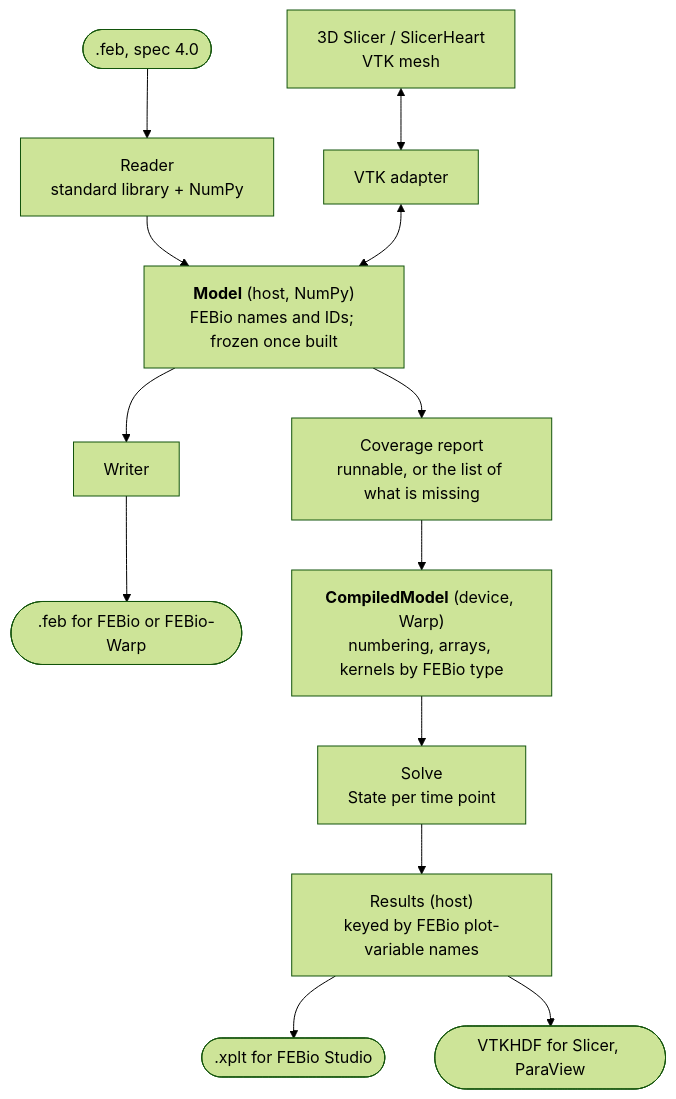
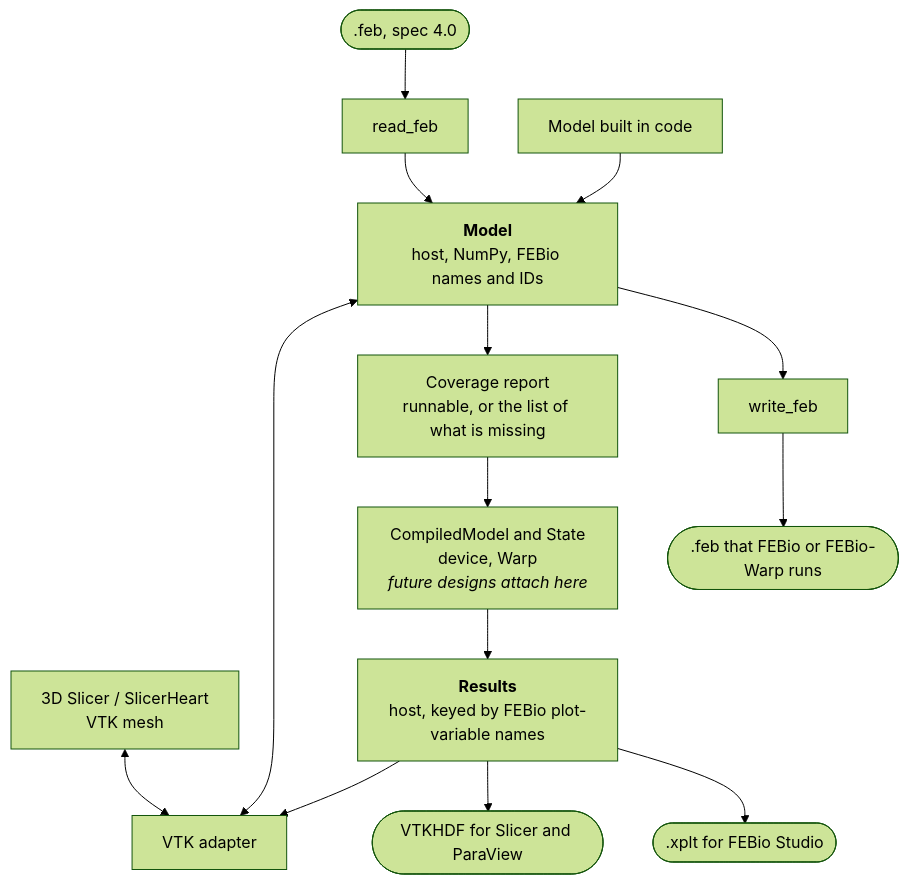
Before and after one commit to JolleyLab/FEBio-Warp-Python: the diagram in docs/design/model.md, drawn with Mermaid (forest theme). The commit also changed other lines of this file, not shown here.

First line of the commit message:
Design note v0.2: central model and FEBio input and output

````diff
--- a/docs/design/model.md
+++ b/docs/design/model.md
@@ -16,15 +17,16 @@
 ```mermaid
 flowchart TB
-    feb([".feb, spec 4.0"]) --> reader["Reader<br/>standard library + NumPy"]
+    feb([".feb, spec 4.0"]) --> reader["read_feb"]
     slicer["3D Slicer / SlicerHeart<br/>VTK mesh"] <--> adapter["VTK adapter"]
+    code["Model built in code"] --> model
     reader --> model
     adapter <--> model
-    model["<b>Model</b> (host, NumPy)<br/>FEBio names and IDs; frozen once built"]
-    model --> writer["Writer"] --> feb2([".feb for FEBio or FEBio-Warp"])
+    model["<b>Model</b><br/>host, NumPy, FEBio names and IDs"]
+    model --> writer["write_feb"] --> feb2([".feb that FEBio or FEBio-Warp runs"])
     model --> cov["Coverage report<br/>runnable, or the list of what is missing"]
-    cov --> compiled["<b>CompiledModel</b> (device, Warp)<br/>numbering, arrays, kernels by FEBio type"]
-    compiled --> solve["Solve<br/>State per time point"]
-    solve --> results["Results (host)<br/>keyed by FEBio plot-variable names"]
+    cov --> compiled["CompiledModel and State<br/>device, Warp<br/><i>future designs attach here</i>"]
+    compiled --> results["<b>Results</b><br/>host, keyed by FEBio plot-variable names"]
     results --> xplt([".xplt for FEBio Studio"])
-    results --> hdf(["VTKHDF for Slicer, ParaView"])
+    results --> hdf(["VTKHDF for Slicer and ParaView"])
+    results --> adapter
 ```
````
